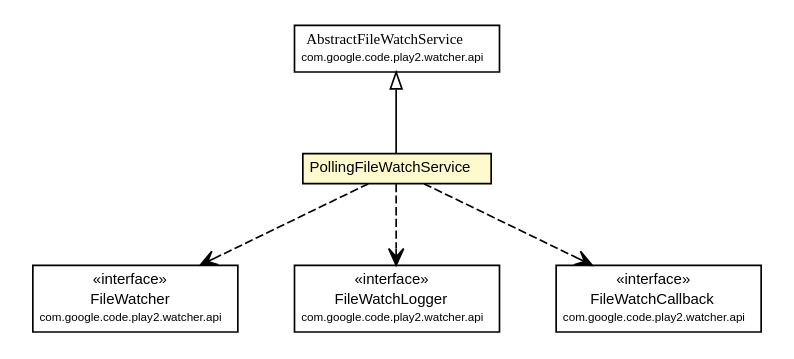
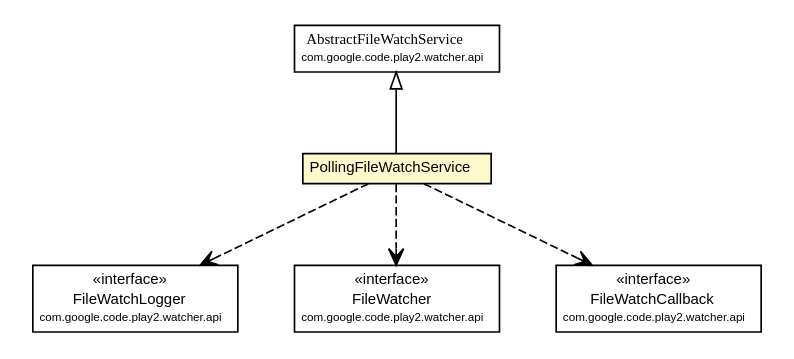
One commit to play2-maven-plugin/play2-maven-plugin.github.io changed the diagram in play2-maven-plugin/1.0.0-beta6-SNAPSHOT/play2-source-watchers/play2-source-watcher-polling/apidocs/com/google/code/play2/watcher/polling/PollingFileWatchService.dot. Above: the diagram before and after it, drawn with Graphviz. The commit also changed 752 other files, not shown here.

```diff
--- a/play2-maven-plugin/1.0.0-beta6-SNAPSHOT/play2-source-watchers/play2-source-watcher-polling/apidocs/com/google/code/play2/watcher/polling/PollingFileWatchService.dot
+++ b/play2-maven-plugin/1.0.0-beta6-SNAPSHOT/play2-source-watchers/play2-source-watcher-polling/apidocs/com/google/code/play2/watcher/polling/PollingFileWatchService.dot
@@ -1,57 +1,57 @@
 #!/usr/local/bin/dot
 #
 # Class diagram 
 # Generated by UMLGraph version R5_6-24-gf6e263 (http://www.umlgraph.org/)
 #
 
 digraph G {
 	edge [fontname="arial",fontsize=10,labelfontname="arial",labelfontsize=10];
 	node [fontname="arial",fontsize=10,shape=plaintext];
 	nodesep=0.25;
 	ranksep=0.5;
 	// com.google.code.play2.watcher.polling.PollingFileWatchService
 	c8 [label=<<table title="com.google.code.play2.watcher.polling.PollingFileWatchService" border="0" cellborder="1" cellspacing="0" cellpadding="2" port="p" bgcolor="lemonChiffon" href="./PollingFileWatchService.html">
 		<tr><td><table border="0" cellspacing="0" cellpadding="1">
 <tr><td align="center" balign="center"> PollingFileWatchService </td></tr>
 		</table></td></tr>
 		</table>>, URL="./PollingFileWatchService.html", fontname="arial", fontcolor="black", fontsize=9.0];
 	//com.google.code.play2.watcher.polling.PollingFileWatchService extends com.google.code.play2.watcher.api.AbstractFileWatchService
 	c19:p -> c8:p [dir=back,arrowtail=empty];
+	// com.google.code.play2.watcher.polling.PollingFileWatchService DEPEND com.google.code.play2.watcher.api.FileWatchLogger
+	c8:p -> c21:p [taillabel="", label="", headlabel="", fontname="arial", fontcolor="black", fontsize=10.0, color="black", arrowhead=open, style=dashed];
 	// com.google.code.play2.watcher.polling.PollingFileWatchService DEPEND com.google.code.play2.watcher.api.FileWatcher
-	c8:p -> c21:p [taillabel="", label="", headlabel="", fontname="arial", fontcolor="black", fontsize=10.0, color="black", arrowhead=open, style=dashed];
-	// com.google.code.play2.watcher.polling.PollingFileWatchService DEPEND com.google.code.play2.watcher.api.FileWatchLogger
 	c8:p -> c23:p [taillabel="", label="", headlabel="", fontname="arial", fontcolor="black", fontsize=10.0, color="black", arrowhead=open, style=dashed];
 	// com.google.code.play2.watcher.polling.PollingFileWatchService DEPEND com.google.code.play2.watcher.api.FileWatchCallback
 	c8:p -> c24:p [taillabel="", label="", headlabel="", fontname="arial", fontcolor="black", fontsize=10.0, color="black", arrowhead=open, style=dashed];
 	// com.google.code.play2.watcher.api.AbstractFileWatchService
 	c19 [label=<<table title="com.google.code.play2.watcher.api.AbstractFileWatchService" border="0" cellborder="1" cellspacing="0" cellpadding="2" port="p">
 		<tr><td><table border="0" cellspacing="0" cellpadding="1">
 <tr><td align="center" balign="center"><font face="arial italic"> AbstractFileWatchService </font></td></tr>
 <tr><td align="center" balign="center"><font point-size="7.0"> com.google.code.play2.watcher.api </font></td></tr>
 		</table></td></tr>
 		</table>>, URL="null", fontname="arial", fontcolor="black", fontsize=9.0];
 	// com.google.code.play2.watcher.api.FileWatcher
-	c21 [label=<<table title="com.google.code.play2.watcher.api.FileWatcher" border="0" cellborder="1" cellspacing="0" cellpadding="2" port="p">
+	c23 [label=<<table title="com.google.code.play2.watcher.api.FileWatcher" border="0" cellborder="1" cellspacing="0" cellpadding="2" port="p">
 		<tr><td><table border="0" cellspacing="0" cellpadding="1">
 <tr><td align="center" balign="center"> &#171;interface&#187; </td></tr>
 <tr><td align="center" balign="center"> FileWatcher </td></tr>
 <tr><td align="center" balign="center"><font point-size="7.0"> com.google.code.play2.watcher.api </font></td></tr>
 		</table></td></tr>
 		</table>>, URL="null", fontname="arial", fontcolor="black", fontsize=9.0];
 	// com.google.code.play2.watcher.api.FileWatchLogger
-	c23 [label=<<table title="com.google.code.play2.watcher.api.FileWatchLogger" border="0" cellborder="1" cellspacing="0" cellpadding="2" port="p">
+	c21 [label=<<table title="com.google.code.play2.watcher.api.FileWatchLogger" border="0" cellborder="1" cellspacing="0" cellpadding="2" port="p">
 		<tr><td><table border="0" cellspacing="0" cellpadding="1">
 <tr><td align="center" balign="center"> &#171;interface&#187; </td></tr>
 <tr><td align="center" balign="center"> FileWatchLogger </td></tr>
 <tr><td align="center" balign="center"><font point-size="7.0"> com.google.code.play2.watcher.api </font></td></tr>
 		</table></td></tr>
 		</table>>, URL="null", fontname="arial", fontcolor="black", fontsize=9.0];
 	// com.google.code.play2.watcher.api.FileWatchCallback
 	c24 [label=<<table title="com.google.code.play2.watcher.api.FileWatchCallback" border="0" cellborder="1" cellspacing="0" cellpadding="2" port="p">
 		<tr><td><table border="0" cellspacing="0" cellpadding="1">
 <tr><td align="center" balign="center"> &#171;interface&#187; </td></tr>
 <tr><td align="center" balign="center"> FileWatchCallback </td></tr>
 <tr><td align="center" balign="center"><font point-size="7.0"> com.google.code.play2.watcher.api </font></td></tr>
 		</table></td></tr>
 		</table>>, URL="null", fontname="arial", fontcolor="black", fontsize=9.0];
 }
```
